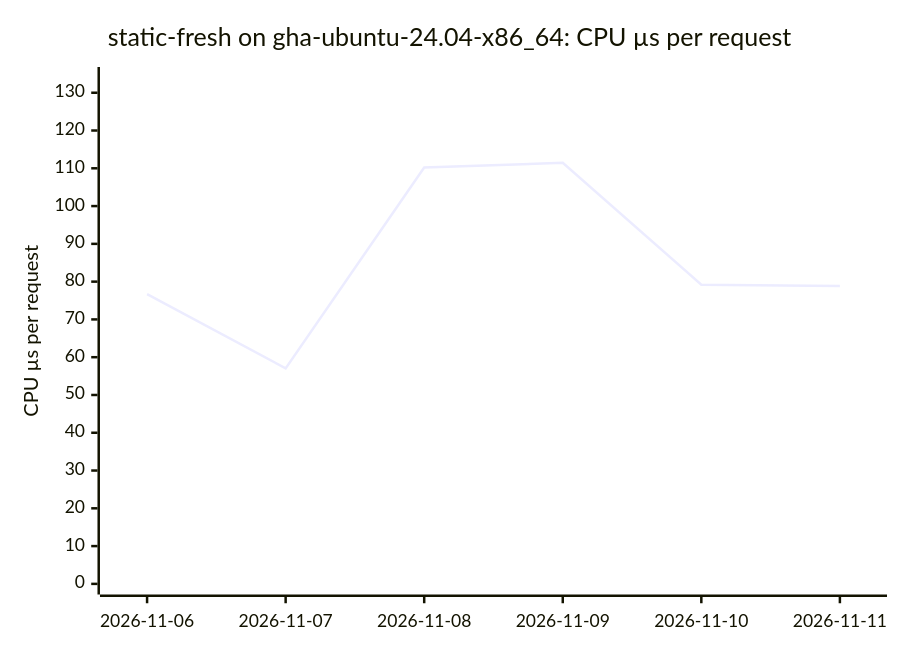
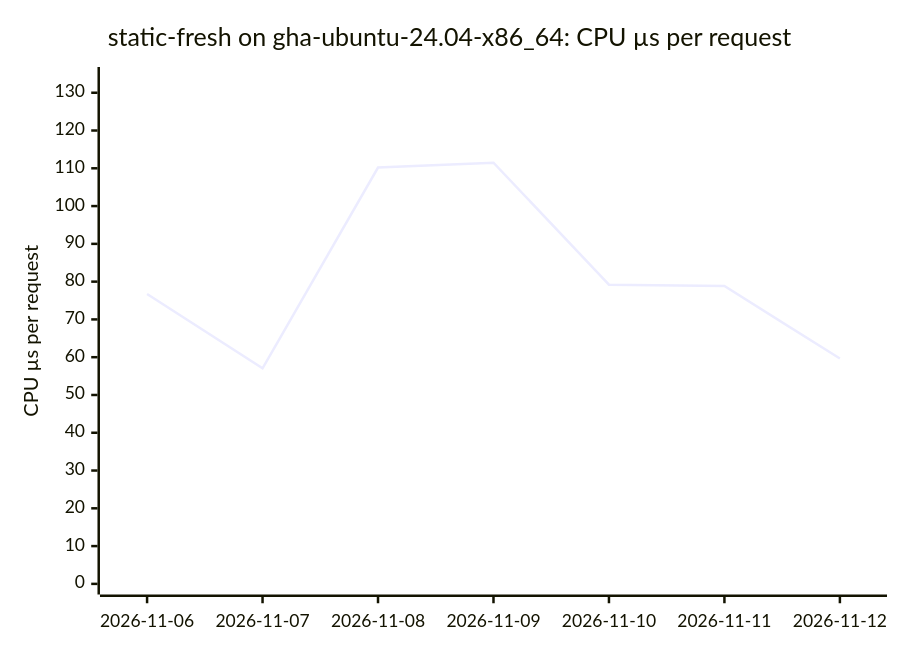
One commit to ThePixelPilgrim/durchlauferhitzer changed the third of 18 diagrams in BENCHMARKS.md. Above: the diagram before and after it, drawn with Mermaid. The commit also changed other lines of this file and 1 other file, not shown here.

````diff
--- a/BENCHMARKS.md
+++ b/BENCHMARKS.md
@@ -46,7 +46,7 @@
 ```mermaid
 xychart-beta
   title "static-fresh on gha-ubuntu-24.04-x86_64: CPU µs per request"
-  x-axis ["2026-11-06", "2026-11-07", "2026-11-08", "2026-11-09", "2026-11-10", "2026-11-11"]
+  x-axis ["2026-11-06", "2026-11-07", "2026-11-08", "2026-11-09", "2026-11-10", "2026-11-11", "2026-11-12"]
   y-axis "CPU µs per request" 0 --> 134
-  line [76.72, 57.05, 110.20, 111.47, 79.20, 78.85]
+  line [76.72, 57.05, 110.20, 111.47, 79.20, 78.85, 59.65]
 ```
````
